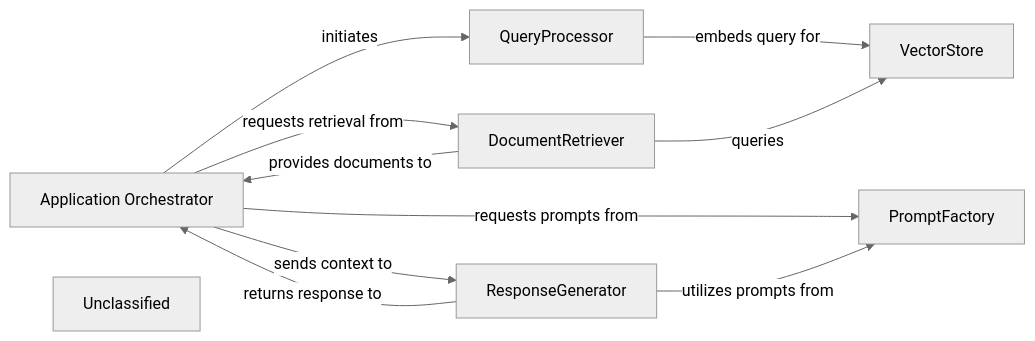
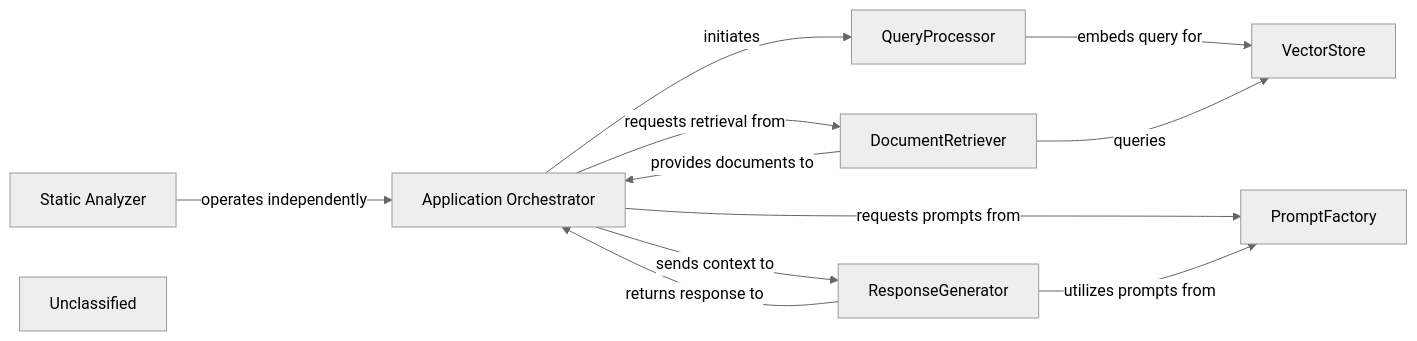
The diagram in .codeboarding/AI_Interpretation_Layer.md (mariyam866/CodeBoarding), drawn with Mermaid (neutral theme) before and after one commit. The commit also changed other lines of this file and 15 other files, not shown here.

First line of the commit message:
docs: update codeboarding documentation and generate architecture

````diff
--- a/.codeboarding/AI_Interpretation_Layer.md
+++ b/.codeboarding/AI_Interpretation_Layer.md
@@ -1,19 +1,21 @@
 ```mermaid
 graph LR
     Application_Orchestrator["Application Orchestrator"]
     QueryProcessor["QueryProcessor"]
     VectorStore["VectorStore"]
     DocumentRetriever["DocumentRetriever"]
     ResponseGenerator["ResponseGenerator"]
     PromptFactory["PromptFactory"]
+    Static_Analyzer["Static Analyzer"]
     Unclassified["Unclassified"]
     Application_Orchestrator -- "initiates" --> QueryProcessor
     Application_Orchestrator -- "requests prompts from" --> PromptFactory
     QueryProcessor -- "embeds query for" --> VectorStore
     Application_Orchestrator -- "requests retrieval from" --> DocumentRetriever
     DocumentRetriever -- "queries" --> VectorStore
     DocumentRetriever -- "provides documents to" --> Application_Orchestrator
     Application_Orchestrator -- "sends context to" --> ResponseGenerator
     ResponseGenerator -- "utilizes prompts from" --> PromptFactory
     ResponseGenerator -- "returns response to" --> Application_Orchestrator
+    Static_Analyzer -- "operates independently" --> Application_Orchestrator
 ```
````
